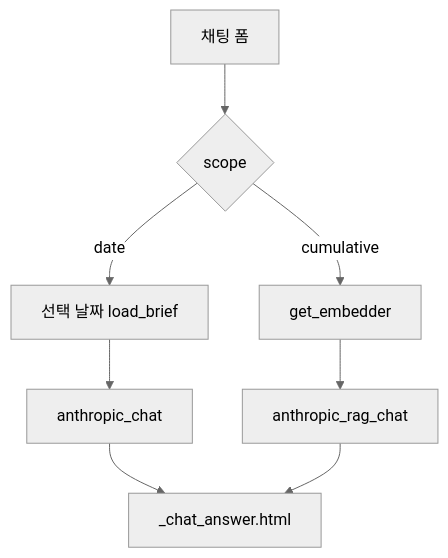
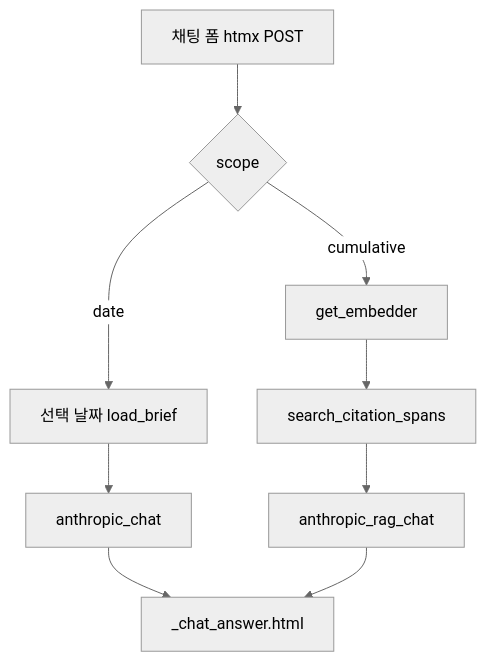
The second of 2 diagrams in docs/learnings/06-dashboard-and-chat-ui.md (SJayKim/finance_agent), drawn with Mermaid (neutral theme) before and after one commit. The commit also changed other lines of this file and 10 other files, not shown here.

````diff
--- a/docs/learnings/06-dashboard-and-chat-ui.md
+++ b/docs/learnings/06-dashboard-and-chat-ui.md
@@ -72,10 +81,11 @@
 ```mermaid
 flowchart TD
-    Form[채팅 폼] --> Scope{scope}
+    Form[채팅 폼 htmx POST] --> Scope{scope}
     Scope -- date --> LoadBrief[선택 날짜 load_brief]
     LoadBrief --> DateAnalyzer[anthropic_chat]
     Scope -- cumulative --> Embedder[get_embedder]
-    Embedder --> RagAnalyzer[anthropic_rag_chat]
+    Embedder --> Search[search_citation_spans]
+    Search --> RagAnalyzer[anthropic_rag_chat]
     DateAnalyzer --> Partial[_chat_answer.html]
     RagAnalyzer --> Partial
 ```
````
